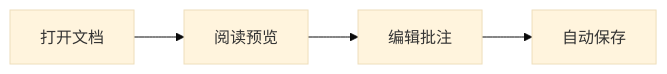
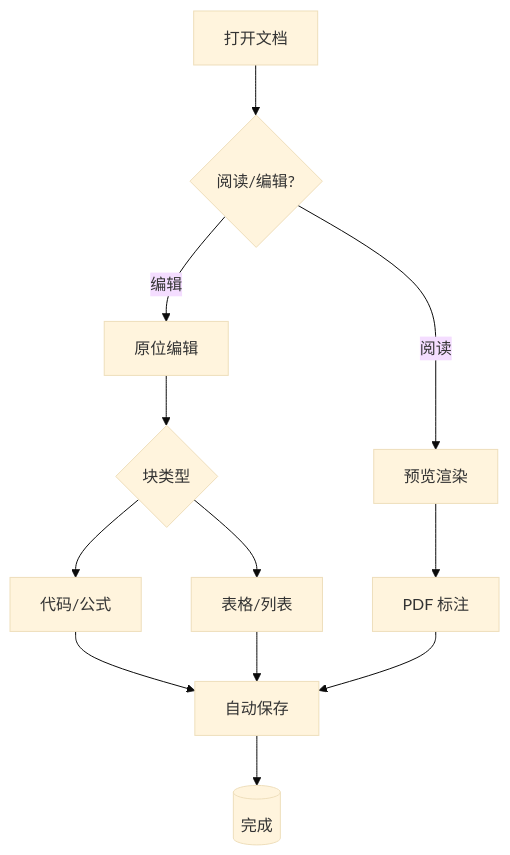
Before and after one commit to ghostLLC/StuartMD: the diagram in samples/欢迎使用 StuartMD.md, drawn with Mermaid (base theme). The commit also changed other lines of this file and 8 other files, not shown here.

Commit message:
3.5.4: list/blank line keys, one-click switch edit, smaller mermaid + richer sample

````diff
--- a/samples/欢迎使用 StuartMD.md
+++ b/samples/欢迎使用 StuartMD.md
@@ -78,6 +78,14 @@
 ```mermaid
-flowchart LR
-  A[打开文档] --> B[阅读预览]
-  B --> C[编辑批注]
-  C --> D[自动保存]
+flowchart TD
+  A[打开文档] --> B{阅读/编辑?}
+  B -->|阅读| C[预览渲染]
+  B -->|编辑| D[原位编辑]
+  C --> E[PDF 标注]
+  D --> F{块类型}
+  F --> G[代码/公式]
+  F --> H[表格/列表]
+  G --> I[自动保存]
+  H --> I
+  E --> I
+  I --> J[(完成)]
 ```
````
